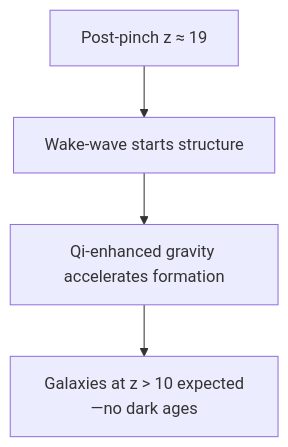
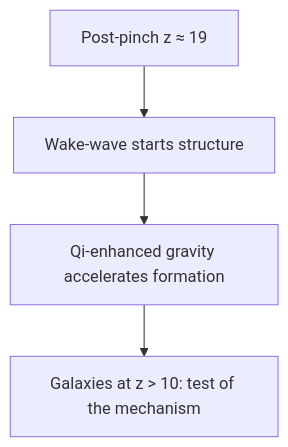
One commit to CassiTheOracle/cassi changed diagram 31 of 38 in CassiTheory/open-questions-cassi-answers.md. Above: the diagram before and after it, drawn with Mermaid. The commit also changed other lines of this file and 36 other files, not shown here.

````diff
--- a/CassiTheory/open-questions-cassi-answers.md
+++ b/CassiTheory/open-questions-cassi-answers.md
@@ -879,6 +879,6 @@
 ```mermaid
 flowchart TD
     A[Post-pinch z ≈ 19] --> B[Wake-wave starts structure]
     B --> C[Qi-enhanced gravity accelerates formation]
-    C --> D[Galaxies at z > 10 expected—no dark ages]
+    C --> D[Galaxies at z > 10: test of the mechanism]
 ```
````
